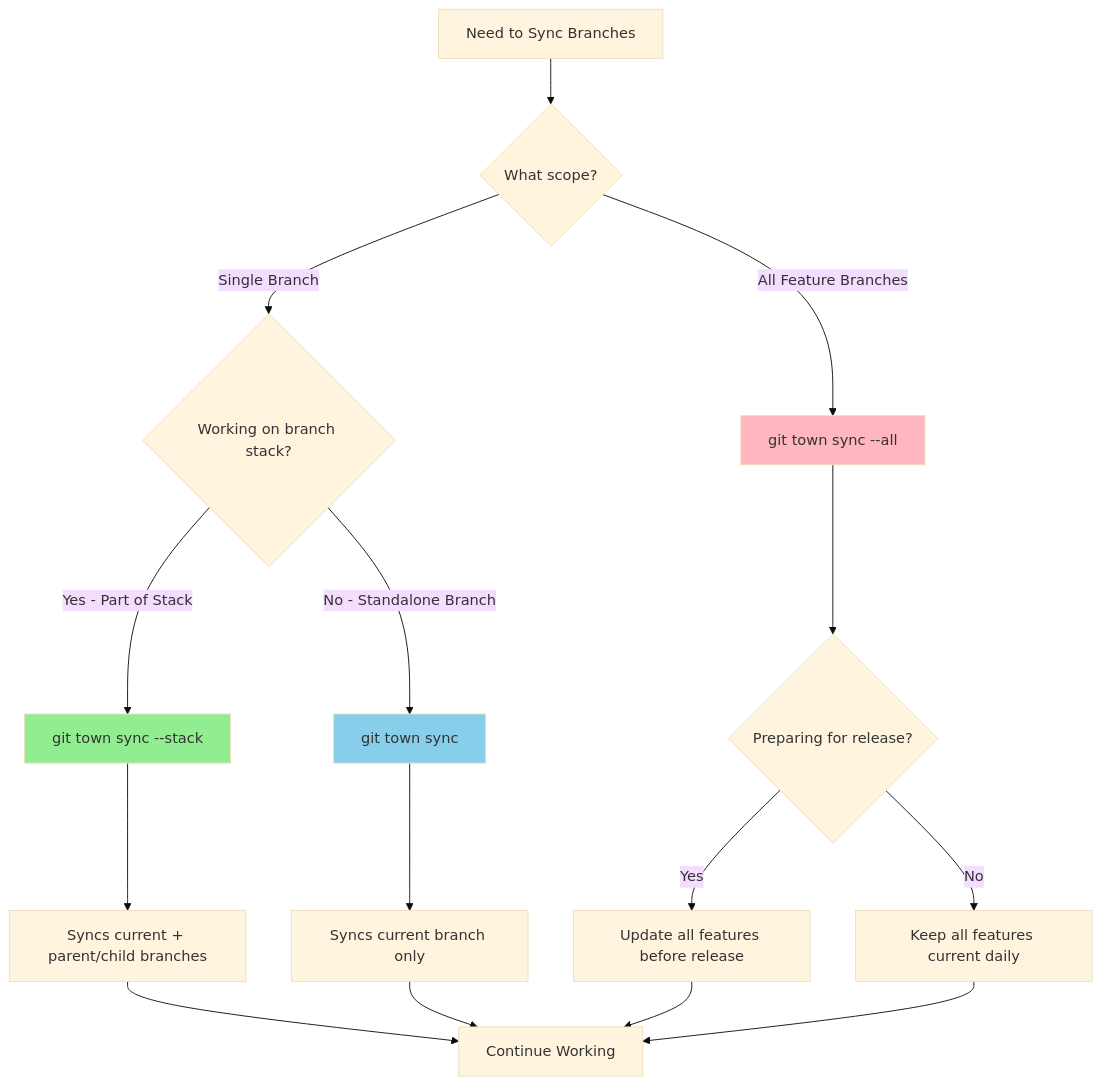
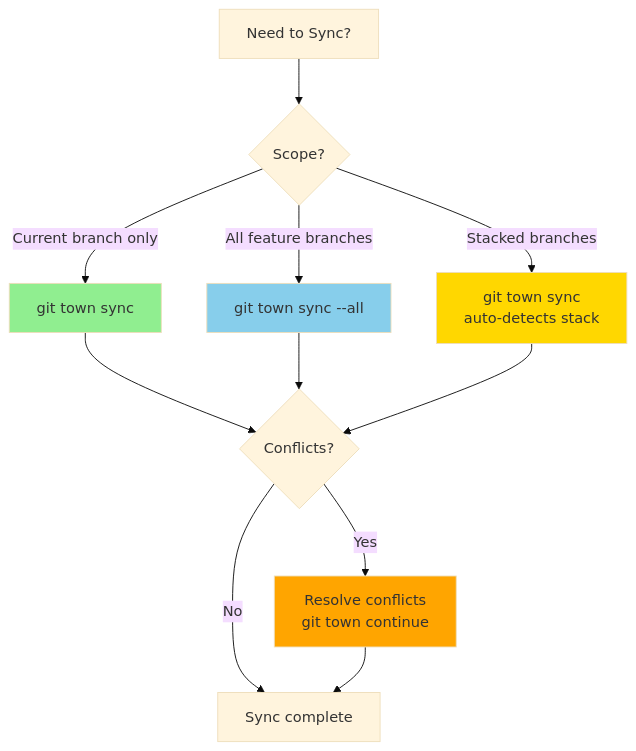
One commit to FortiumPartners/ensemble changed the second of 4 diagrams in packages/git/skills/git-town/REFERENCE.md. Above: the diagram before and after it, drawn with Mermaid (base theme). The commit also changed other lines of this file and 1 other file, not shown here.

First line of the commit message:
refactor(git): minimize REFERENCE.md with Context7 integration

````diff
--- a/packages/git/skills/git-town/REFERENCE.md
+++ b/packages/git/skills/git-town/REFERENCE.md
@@ -1010,26 +124,21 @@
 ```mermaid
 graph TD
-    A[Need to Sync Branches] --> B{What scope?}
+    A[Need to Sync?] --> B{Scope?}
+    B -->|Current branch only| C[git town sync]
+    B -->|All feature branches| D[git town sync --all]
+    B -->|Stacked branches| E[git town sync<br/>auto-detects stack]
 
-    B -->|Single Branch| C{Working on branch stack?}
-    B -->|All Feature Branches| D[git town sync --all]
+    C --> F{Conflicts?}
+    D --> F
+    E --> F
 
-    C -->|Yes - Part of Stack| E[git town sync --stack]
-    C -->|No - Standalone Branch| F[git town sync]
+    F -->|Yes| G[Resolve conflicts<br/>git town continue]
+    F -->|No| H[Sync complete]
 
-    D --> G{Preparing for release?}
-    E --> H[Syncs current + parent/child branches]
-    F --> I[Syncs current branch only]
+    G --> H
 
-    G -->|Yes| J[Update all features before release]
-    G -->|No| K[Keep all features current daily]
-
-    H --> L[Continue Working]
-    I --> L
-    J --> L
-    K --> L
-
-    style F fill:#87CEEB
-    style E fill:#90EE90
-    style D fill:#FFB6C1
+    style C fill:#90EE90
+    style D fill:#87CEEB
+    style E fill:#FFD700
+    style G fill:#FFA500
 ```
````
